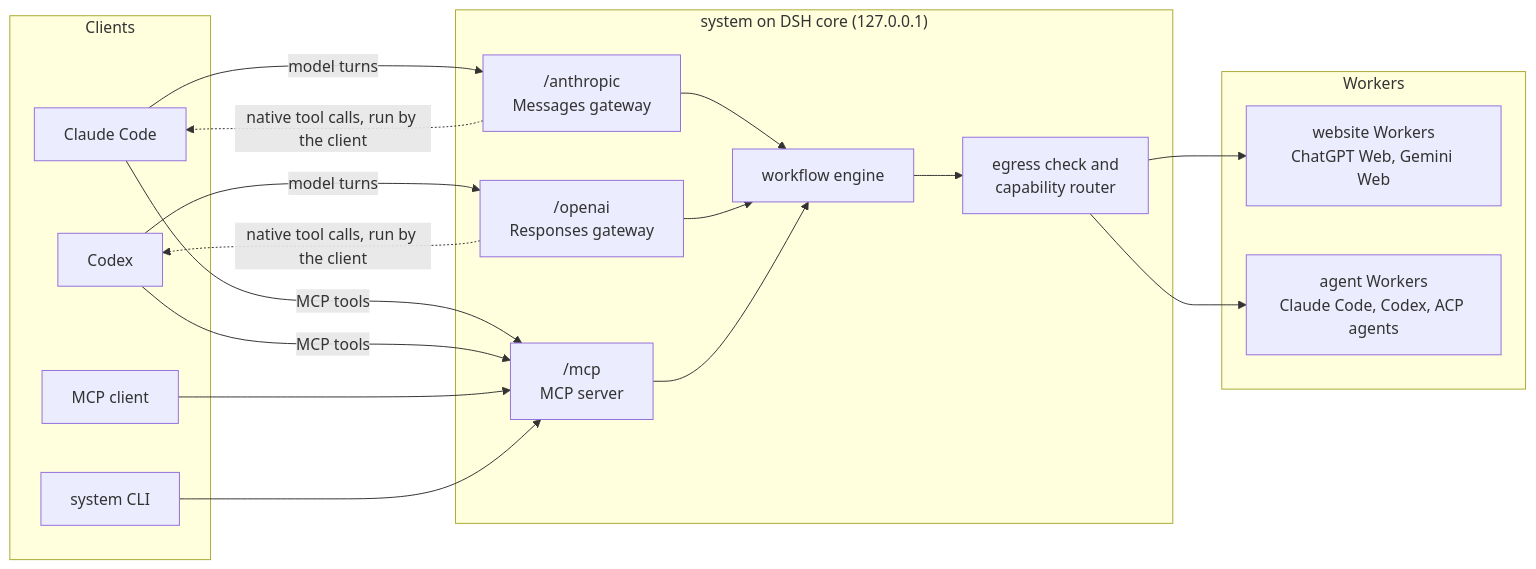
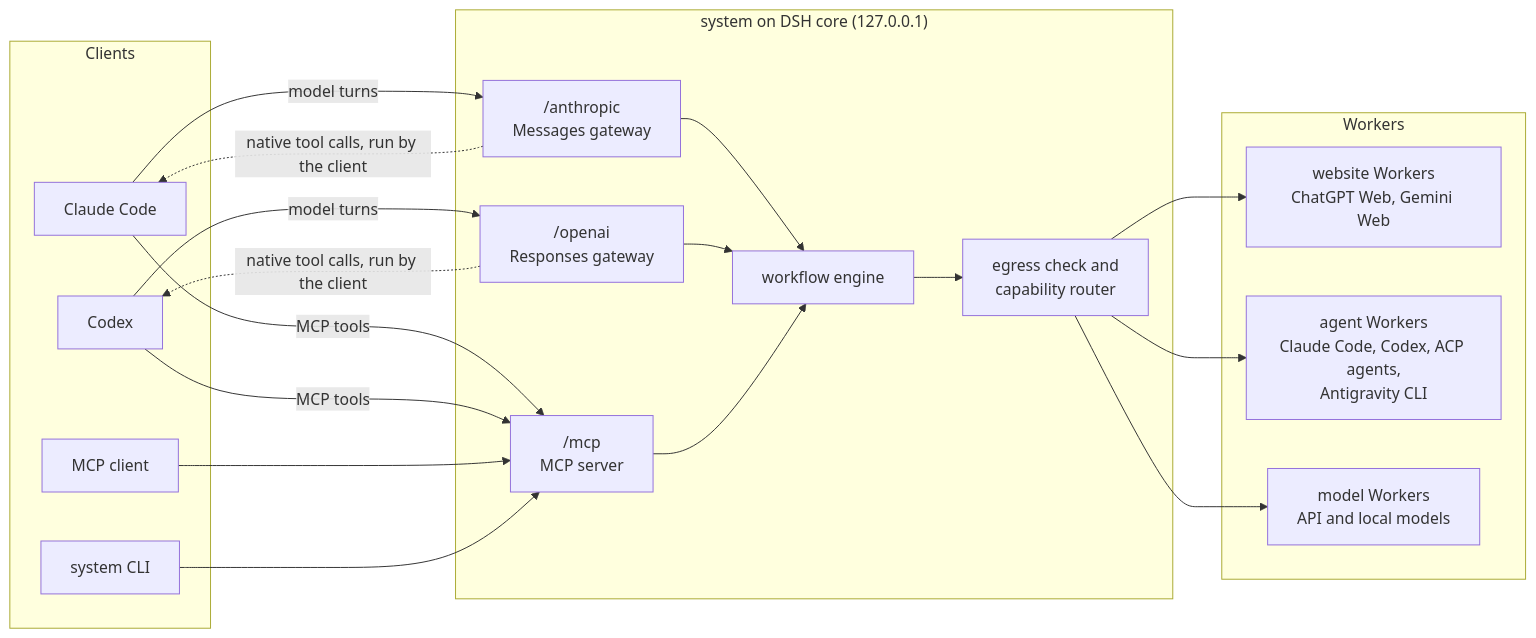
The diagram in README.md (tsuuanmi/system), drawn with Mermaid before and after one commit. The commit also changed other lines of this file and 5 other files, not shown here.

Commit message:
docs(routers): align root README, routers, threat model, and schema index

````diff
--- a/README.md
+++ b/README.md
@@ -148,34 +162,36 @@
 ```mermaid
 flowchart LR
   subgraph clients["Clients"]
     CC["Claude Code"]
     CX["Codex"]
     MC["MCP client"]
     CLI["system CLI"]
   end
   subgraph host["system on DSH core (127.0.0.1)"]
     GA["/anthropic<br/>Messages gateway"]
     GR["/openai<br/>Responses gateway"]
     MCP["/mcp<br/>MCP server"]
     WF["workflow engine"]
     RT["egress check and<br/>capability router"]
   end
   subgraph workers["Workers"]
     WEB["website Workers<br/>ChatGPT Web, Gemini Web"]
-    AG["agent Workers<br/>Claude Code, Codex, ACP agents"]
+    AG["agent Workers<br/>Claude Code, Codex, ACP agents,<br/>Antigravity CLI"]
+    MOD["model Workers<br/>API and local models"]
   end
   CC -- "model turns" --> GA
   CX -- "model turns" --> GR
   CC -- "MCP tools" --> MCP
   CX -- "MCP tools" --> MCP
   MC --> MCP
   CLI --> MCP
   GA --> WF
   GR --> WF
   MCP --> WF
   WF --> RT
   RT --> WEB
   RT --> AG
+  RT --> MOD
   GA -. "native tool calls, run by the client" .-> CC
   GR -. "native tool calls, run by the client" .-> CX
 ```
````
